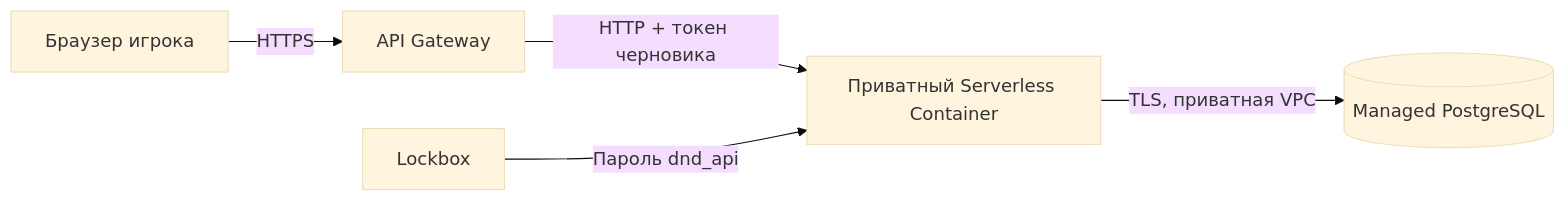
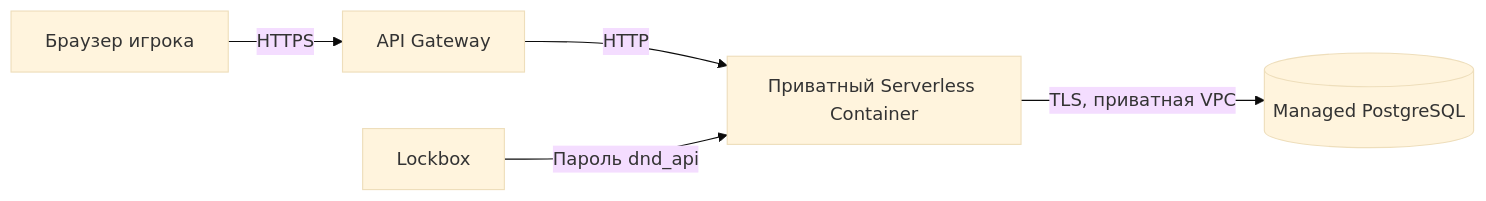
The diagram in docs/architecture/yandex-backend.md (etozhenerk/DnD), drawn with Mermaid (base theme) before and after one commit. The commit also changed other lines of this file and 345 other files, not shown here.

````diff
--- a/docs/architecture/yandex-backend.md
+++ b/docs/architecture/yandex-backend.md
@@ -5,7 +5,7 @@
 ```mermaid
 flowchart LR
     Browser[Браузер игрока] -->|HTTPS| Gateway[API Gateway]
-    Gateway -->|HTTP + токен черновика| API[Приватный Serverless Container]
+    Gateway -->|HTTP| API[Приватный Serverless Container]
     API -->|TLS, приватная VPC| PG[(Managed PostgreSQL)]
     Lockbox[Lockbox] -->|Пароль dnd_api| API
 ```
````
